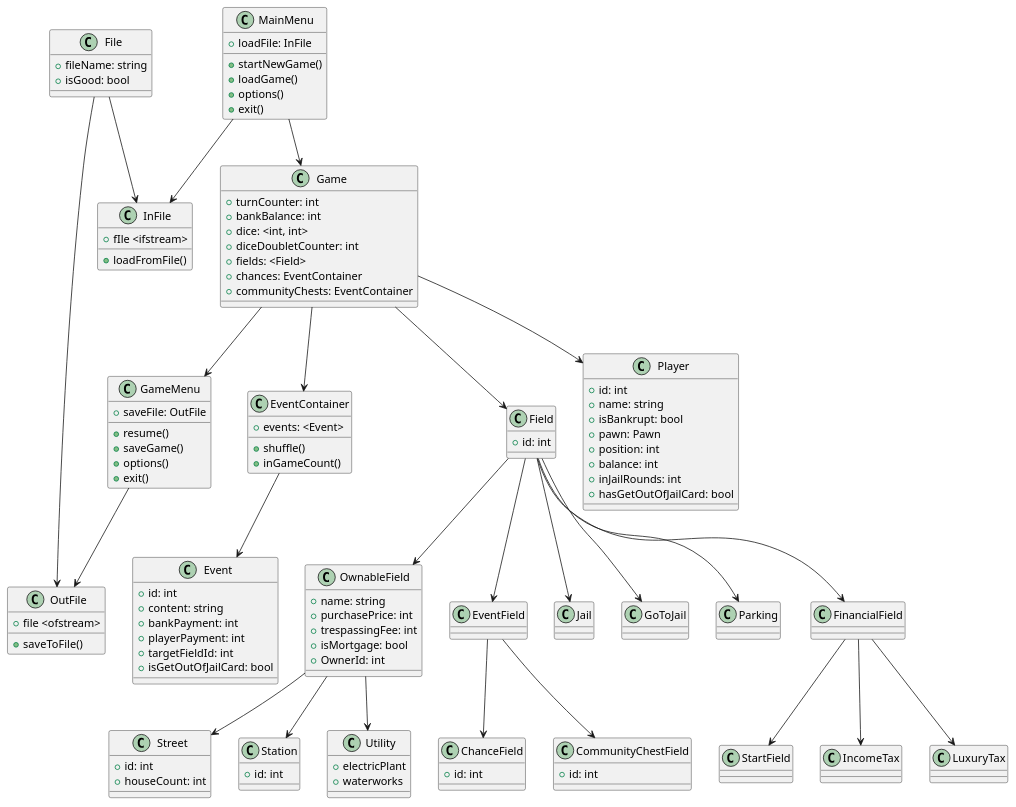
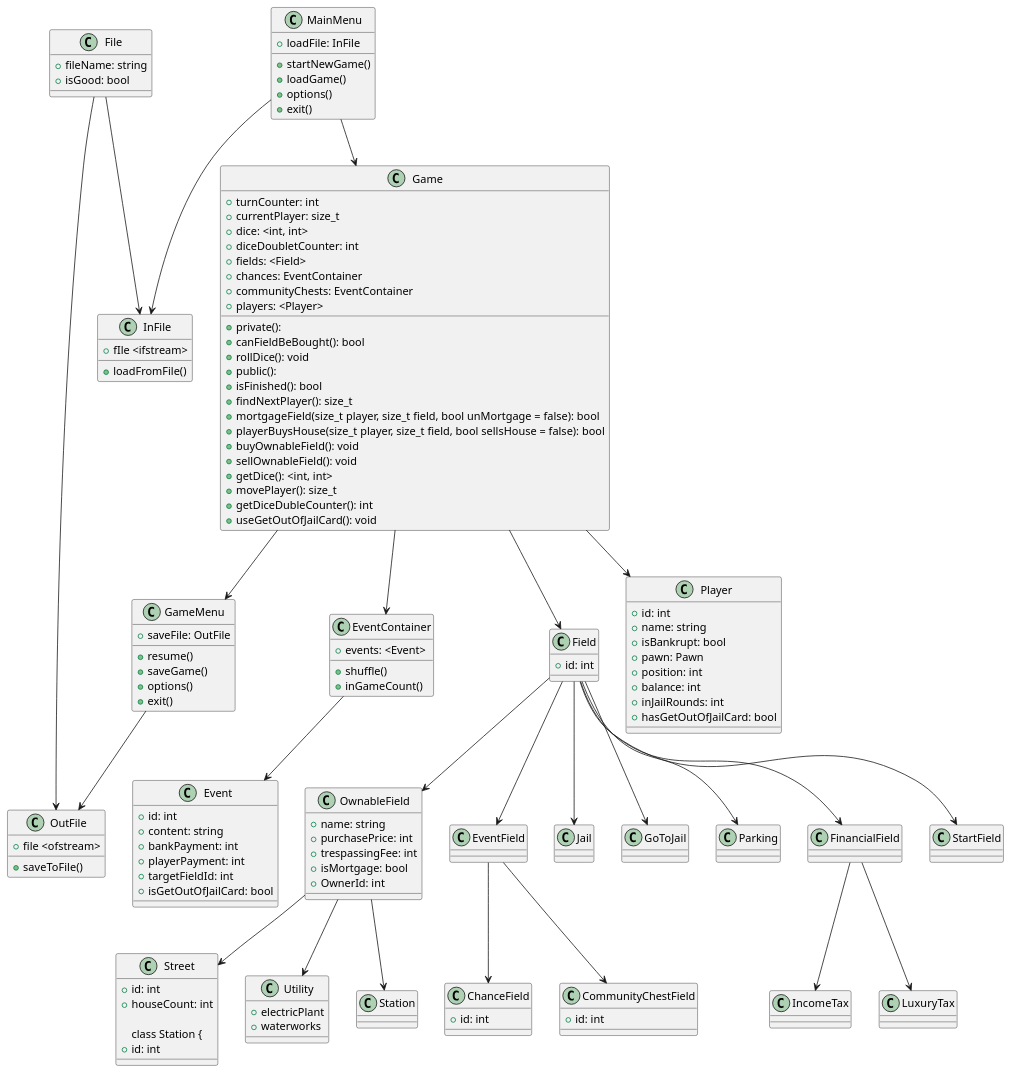
The diagram in diagram.puml (J4CeX/PROI_monopoly), drawn with PlantUML before and after one commit. The commit also changed 35 other files, not shown here.

```diff
--- a/diagram.puml
+++ b/diagram.puml
@@ -1,163 +1,166 @@
-@startuml name
+@startuml Monopoly
 class Game {
     +turnCounter: int
-    +bankBalance: int
+    +currentPlayer: size_t
     +dice: <int, int>
     +diceDoubletCounter: int
     +fields: <Field>
     +chances: EventContainer
     +communityChests: EventContainer
-    ' +callMenu()
-    ' +findCurrentPlayer()
-    ' +playerHypothecatesField()
-    ' +waitingMode()
-    ' +endWaitingMode()
-    ' +playerBuysHouse()
-    ' +playerSellsHouse()
-    ' +rollDice()
-    ' +movePlayer()
-    ' +checkTargetField()
-    ' +playerGoesToJail()
+    +players: <Player>
+    +private():
+    +canFieldBeBought(): bool
+    +rollDice(): void
+    +public():
+    +isFinished(): bool
+    +findNextPlayer(): size_t
+    +mortgageField(size_t player, size_t field, bool unMortgage = false): bool
+    +playerBuysHouse(size_t player, size_t field, bool sellsHouse = false): bool
+    +buyOwnableField(): void
+    +sellOwnableField(): void
+    +getDice(): <int, int>
+    +movePlayer(): size_t
+    +getDiceDubleCounter(): int
+    +useGetOutOfJailCard(): void
 }
 
 class File {
     +fileName: string
     +isGood: bool
 }
 
 class OutFile {
     +file <ofstream>
     +saveToFile()
 }
 
 class InFile {
     +fIle <ifstream>
     +loadFromFile()
 }
 
 class MainMenu {
     +loadFile: InFile
     +startNewGame()
     +loadGame()
     +options()
     +exit()
 }
 
 class GameMenu {
     +saveFile: OutFile
     +resume()
     +saveGame()
     +options()
     +exit()
 }
 
 class EventContainer {
     +events: <Event>
     +shuffle()
     +inGameCount()
 }
 
 class Event {
     +id: int
     +content: string
     +bankPayment: int
     +playerPayment: int
     +targetFieldId: int
     +isGetOutOfJailCard: bool
 }
 
 class Field {
     +id: int
 }
 
 class OwnableField {
     +name: string
     +purchasePrice: int
     +trespassingFee: int
     +isMortgage: bool
     +OwnerId: int
 }
 
 class Street {
     +id: int
     +houseCount: int
-}
 
 class Station {
     +id: int
 }
 
 class Utility {
     +electricPlant
     +waterworks
 }
 
 class EventField {
 }
 
 class ChanceField {
     +id: int
 }
 
 class CommunityChestField {
     +id: int
 }
 
 class Jail {}
 
 class GoToJail {}
 
 class Parking {}
 
 class FinancialField {}
 
 class StartField {}
 
 class IncomeTax {}
 
 class LuxuryTax {}
 
 class Player {
     +id: int
     +name: string
     +isBankrupt: bool
     +pawn: Pawn
     +position: int
     +balance: int
     +inJailRounds: int
     +hasGetOutOfJailCard: bool
 }
 
 MainMenu --> Game
 MainMenu --> InFile
 
 Game --> EventContainer
 Game --> Field
 Game --> Player
 Game --> GameMenu
 
 File --> InFile
 File --> OutFile
 
 GameMenu --> OutFile
 
 EventContainer --> Event
 
 Field --> OwnableField
 Field --> EventField
 Field --> Jail
 Field --> GoToJail
 Field --> Parking
 Field --> FinancialField
+Field --> StartField
 
 OwnableField --> Street
 OwnableField --> Station
 OwnableField --> Utility
 
 EventField --> ChanceField
 EventField --> CommunityChestField
 
-FinancialField --> StartField
 FinancialField --> IncomeTax
 FinancialField --> LuxuryTax
 @enduml
```
